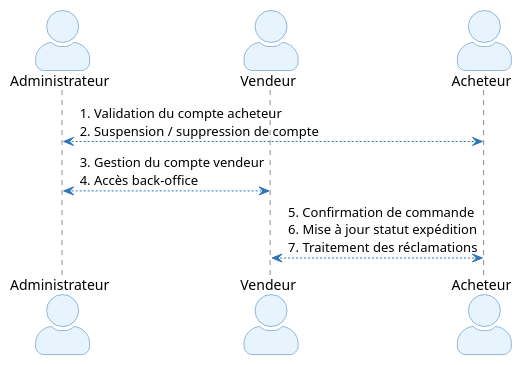
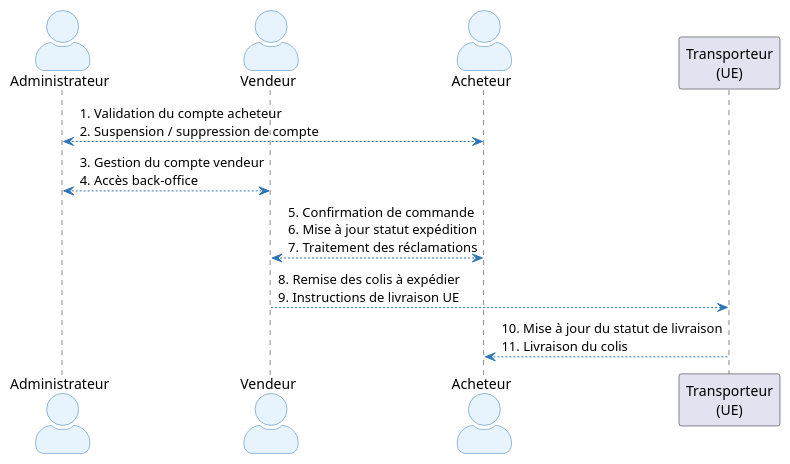
Before and after one commit to louistalvande/online_shop: the fourth of 4 diagrams in architecture.adoc, drawn with PlantUML. The commit also changed other lines of this file, not shown here.

```diff
--- a/architecture.adoc
+++ b/architecture.adoc
@@ -226,17 +254,20 @@
 [plantuml, oa-communication, svg]
 ----
 skinparam actorStyle awesome
 skinparam actorBackgroundColor #E8F4FD
 skinparam actorBorderColor #2E75B6
 skinparam arrowColor #2E75B6
 skinparam noteBackgroundColor #FFFBE6
 skinparam noteBorderColor #F0A500
 
 actor Administrateur as Admin
 actor Vendeur as Vendor
 actor Acheteur as Buyer
+participant "Transporteur\n(UE)" as Carrier
 
 Admin <--> Buyer : 1. Validation du compte acheteur\n2. Suspension / suppression de compte
 Admin <--> Vendor : 3. Gestion du compte vendeur\n4. Accès back-office
 Vendor <--> Buyer : 5. Confirmation de commande\n6. Mise à jour statut expédition\n7. Traitement des réclamations
+Vendor --> Carrier : 8. Remise des colis à expédier\n9. Instructions de livraison UE
+Carrier --> Buyer : 10. Mise à jour du statut de livraison\n11. Livraison du colis
 ----
```
